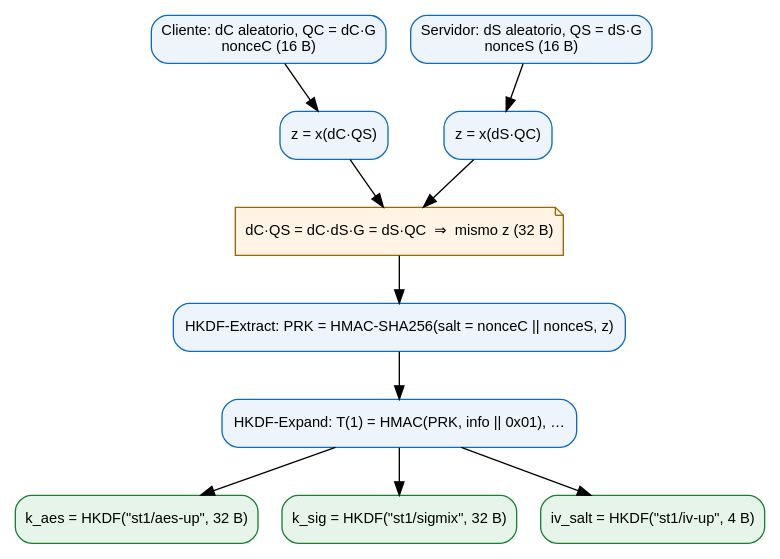
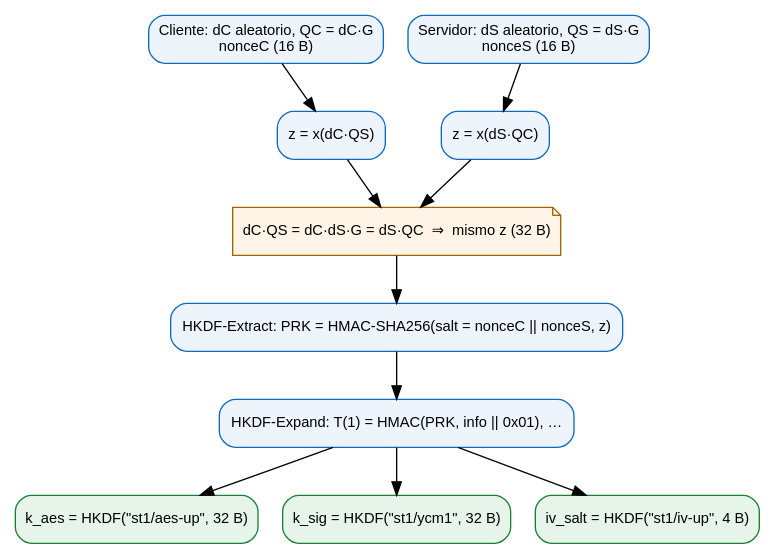
One commit to yaelrdf/Virologia_Criptografia_UPIICSA changed the diagram in Examen_SignalTrace/docs/diagramas/09_ecdh_hkdf.dot. Above: the diagram before and after it, drawn with Graphviz. The commit also changed 76 other files, not shown here.

Commit message:
SignalTrace docs: capítulos, diagramas y capturas para el banco de sensores, YCM1, usuarios y QR; historial con z-scores y carga ordenada

```diff
--- a/Examen_SignalTrace/docs/diagramas/09_ecdh_hkdf.dot
+++ b/Examen_SignalTrace/docs/diagramas/09_ecdh_hkdf.dot
@@ -1,12 +1,12 @@
 digraph G { fontname="Arial"; node [fontname="Arial", fontsize=11]; edge [fontname="Arial", fontsize=10];
   rankdir=TB; node [shape=box, style="rounded,filled", fillcolor="#EEF4FB", color="#0F6CBD"];
   c [label="Cliente: dC aleatorio, QC = dC·G\nnonceC (16 B)"]; s [label="Servidor: dS aleatorio, QS = dS·G\nnonceS (16 B)"];
   zc [label="z = x(dC·QS)"]; zs [label="z = x(dS·QC)"];
   eq [label="dC·QS = dC·dS·G = dS·QC  ⇒  mismo z (32 B)", shape=note, fillcolor="#FFF4E5", color="#9A6700"];
   prk [label="HKDF-Extract: PRK = HMAC-SHA256(salt = nonceC || nonceS, z)"];
   exp [label="HKDF-Expand: T(1) = HMAC(PRK, info || 0x01), …"];
   k1 [label="k_aes = HKDF(\"st1/aes-up\", 32 B)", fillcolor="#E6F4EA", color="#1A7F37"];
-  k2 [label="k_sig = HKDF(\"st1/sigmix\", 32 B)", fillcolor="#E6F4EA", color="#1A7F37"];
+  k2 [label="k_sig = HKDF(\"st1/ycm1\", 32 B)", fillcolor="#E6F4EA", color="#1A7F37"];
   k3 [label="iv_salt = HKDF(\"st1/iv-up\", 4 B)", fillcolor="#E6F4EA", color="#1A7F37"];
   c -> zc; s -> zs; zc -> eq; zs -> eq; eq -> prk -> exp -> {k1 k2 k3};
 }
```
